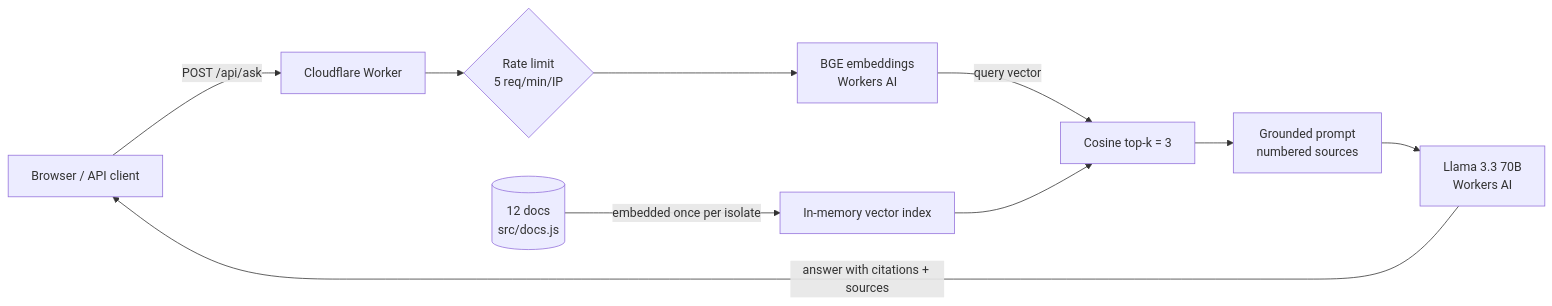
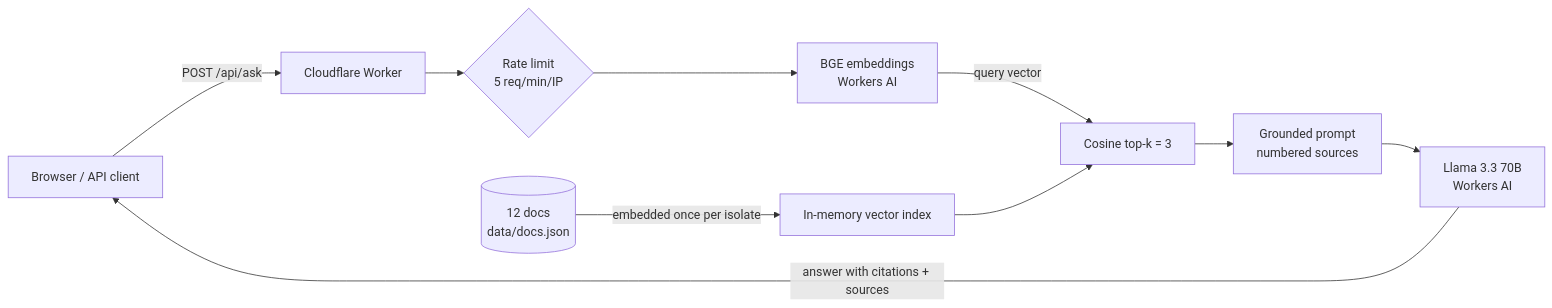
Before and after one commit to braylo777/agent-05-rag: the diagram in README.md, drawn with Mermaid. The commit also changed other lines of this file and 28 other files, not shown here.

````diff
--- a/README.md
+++ b/README.md
@@ -13,12 +13,12 @@
 ```mermaid
 flowchart LR
   U[Browser / API client] -->|POST /api/ask| W[Cloudflare Worker]
   W --> RL{Rate limit<br/>5 req/min/IP}
   RL --> E1[BGE embeddings<br/>Workers AI]
-  D[(12 docs<br/>src/docs.js)] -->|embedded once per isolate| IDX[In-memory vector index]
+  D[(12 docs<br/>data/docs.json)] -->|embedded once per isolate| IDX[In-memory vector index]
   E1 -->|query vector| S[Cosine top-k = 3]
   IDX --> S
   S --> P[Grounded prompt<br/>numbered sources]
   P --> L[Llama 3.3 70B<br/>Workers AI]
   L -->|answer with citations + sources| U
 ```
````
